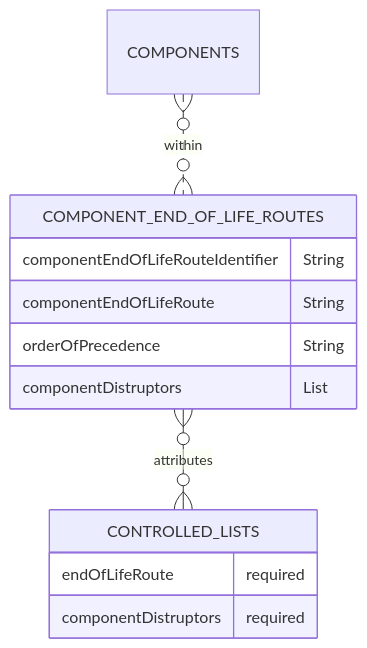
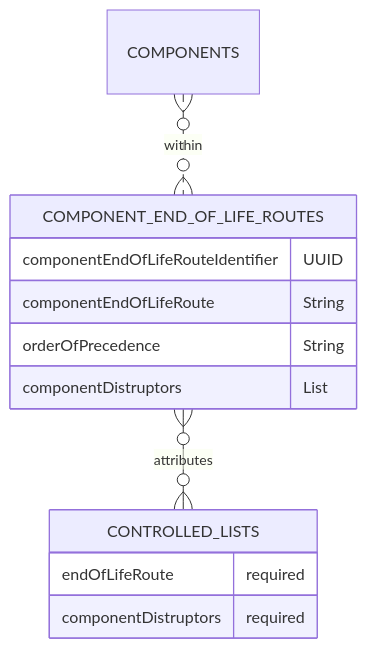
The diagram in docs/6_Relationship_Lists/6_007_Component_End_of_Life_Routes.md (OpenDataManchester/Open3P), drawn with Mermaid before and after one commit. The commit also changed other lines of this file, not shown here.

Commit message:
Component End of Life Routes to UUID from string

````diff
--- a/docs/6_Relationship_Lists/6_007_Component_End_of_Life_Routes.md
+++ b/docs/6_Relationship_Lists/6_007_Component_End_of_Life_Routes.md
@@ -20,16 +20,16 @@
 ``` mermaid
 erDiagram
 
   COMPONENTS }o..o{ COMPONENT_END_OF_LIFE_ROUTES : within
   COMPONENT_END_OF_LIFE_ROUTES {
-    componentEndOfLifeRouteIdentifier String
+    componentEndOfLifeRouteIdentifier UUID
     componentEndOfLifeRoute String
     orderOfPrecedence String
     componentDistruptors List
   }
   COMPONENT_END_OF_LIFE_ROUTES }o--o{ CONTROLLED_LISTS : attributes
   CONTROLLED_LISTS {
     endOfLifeRoute required
     componentDistruptors required
   }
 ```
````
